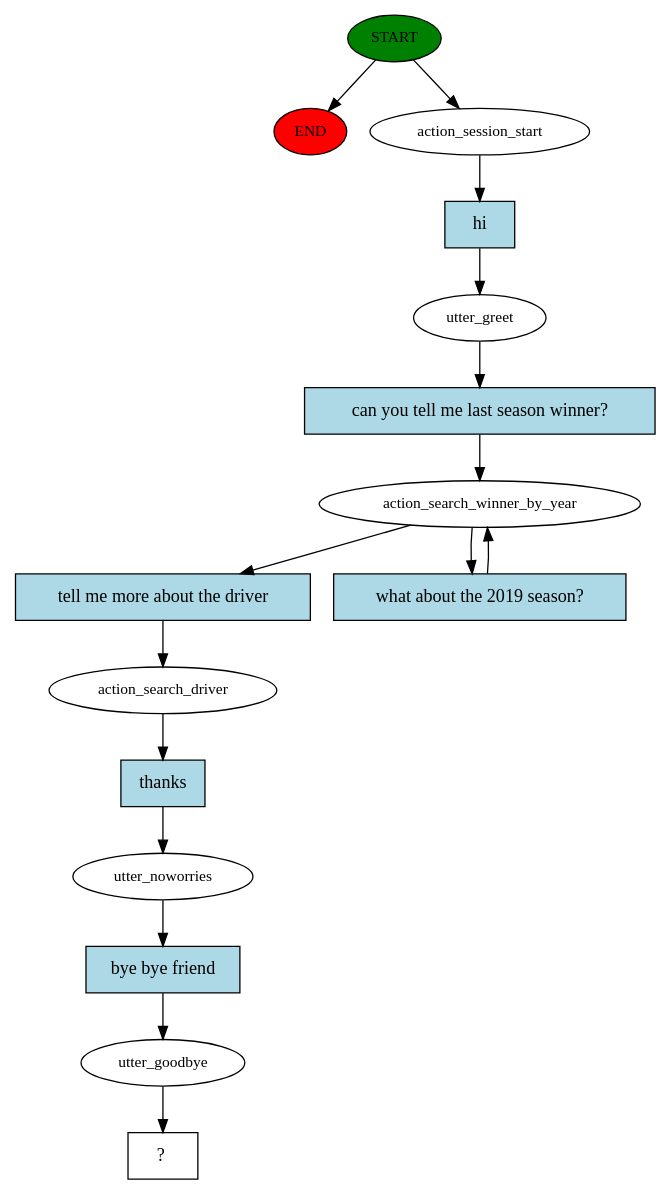
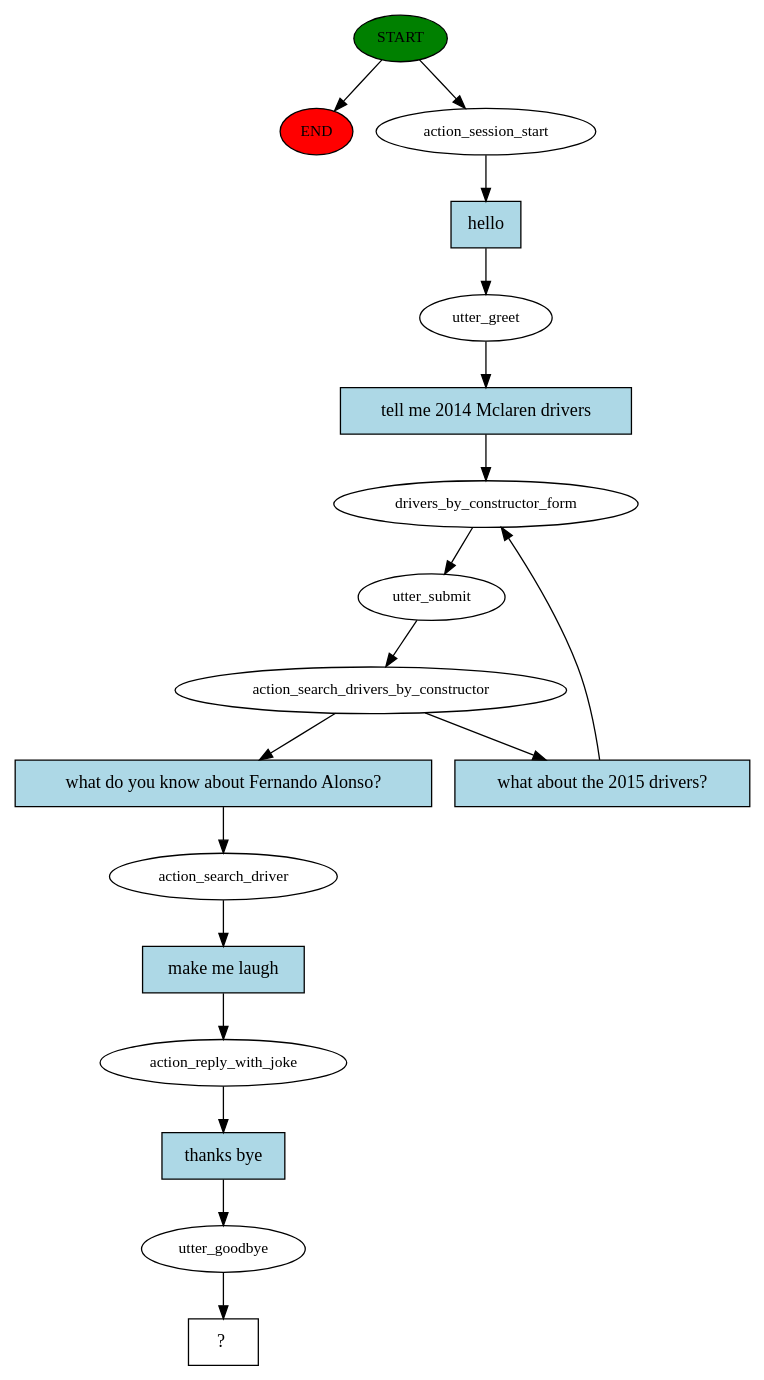
One commit to sebastianochiari/LUS-final-project changed the diagram in story_graph.dot. Above: the diagram before and after it, drawn with Graphviz. The commit also changed 17 other files, not shown here.

```diff
--- a/story_graph.dot
+++ b/story_graph.dot
@@ -1,32 +1,36 @@
 digraph  {
 0 [class="start active", fillcolor=green, fontsize=12, label=START, style=filled];
 "-1" [class=end, fillcolor=red, fontsize=12, label=END, style=filled];
 1 [class=active, fontsize=12, label=action_session_start];
 2 [class=active, fontsize=12, label=utter_greet];
-3 [class=active, fontsize=12, label=action_search_winner_by_year];
-5 [class=active, fontsize=12, label=action_search_driver];
-6 [class=active, fontsize=12, label=utter_noworries];
-7 [class=active, fontsize=12, label=utter_goodbye];
-8 [class="intent dashed active", label="  ?  ", shape=rect];
-9 [class="intent active", fillcolor=lightblue, label=hi, shape=rect, style=filled];
-10 [class="intent active", fillcolor=lightblue, label="can you tell me last season winner?", shape=rect, style=filled];
-11 [class="intent active", fillcolor=lightblue, label="tell me more about the driver", shape=rect, style=filled];
-12 [class="intent active", fillcolor=lightblue, label="what about the 2019 season?", shape=rect, style=filled];
-13 [class="intent active", fillcolor=lightblue, label=thanks, shape=rect, style=filled];
-14 [class="intent active", fillcolor=lightblue, label="bye bye friend", shape=rect, style=filled];
+3 [class=active, fontsize=12, label=drivers_by_constructor_form];
+4 [class=active, fontsize=12, label=utter_submit];
+5 [class=active, fontsize=12, label=action_search_drivers_by_constructor];
+9 [class=active, fontsize=12, label=action_search_driver];
+10 [class=active, fontsize=12, label=action_reply_with_joke];
+11 [class=active, fontsize=12, label=utter_goodbye];
+12 [class="intent dashed active", label="  ?  ", shape=rect];
+13 [class="intent active", fillcolor=lightblue, label=hello, shape=rect, style=filled];
+14 [class="intent active", fillcolor=lightblue, label="tell me 2014 Mclaren drivers", shape=rect, style=filled];
+15 [class="intent active", fillcolor=lightblue, label="what about the 2015 drivers?", shape=rect, style=filled];
+16 [class="intent active", fillcolor=lightblue, label="what do you know about Fernando Alonso?", shape=rect, style=filled];
+17 [class="intent active", fillcolor=lightblue, label="make me laugh", shape=rect, style=filled];
+18 [class="intent active", fillcolor=lightblue, label="thanks bye", shape=rect, style=filled];
 0 -> "-1"  [class="", key=NONE, label=""];
 0 -> 1  [class=active, key=NONE, label=""];
-1 -> 9  [class=active, key=0];
-2 -> 10  [class=active, key=0];
-3 -> 11  [class=active, key=0];
-3 -> 12  [class=active, key=0];
-5 -> 13  [class=active, key=0];
-6 -> 14  [class=active, key=0];
-7 -> 8  [class=active, key=NONE, label=""];
-9 -> 2  [class=active, key=0];
-10 -> 3  [class=active, key=0];
-11 -> 5  [class=active, key=0];
-12 -> 3  [class=active, key=0];
-13 -> 6  [class=active, key=0];
-14 -> 7  [class=active, key=0];
+1 -> 13  [class=active, key=0];
+2 -> 14  [class=active, key=0];
+3 -> 4  [class=active, key=NONE, label=""];
+4 -> 5  [class=active, key=NONE, label=""];
+5 -> 15  [class=active, key=0];
+5 -> 16  [class=active, key=0];
+9 -> 17  [class=active, key=0];
+10 -> 18  [class=active, key=0];
+11 -> 12  [class=active, key=NONE, label=""];
+13 -> 2  [class=active, key=0];
+14 -> 3  [class=active, key=0];
+15 -> 3  [class=active, key=0];
+16 -> 9  [class=active, key=0];
+17 -> 10  [class=active, key=0];
+18 -> 11  [class=active, key=0];
 }
```
